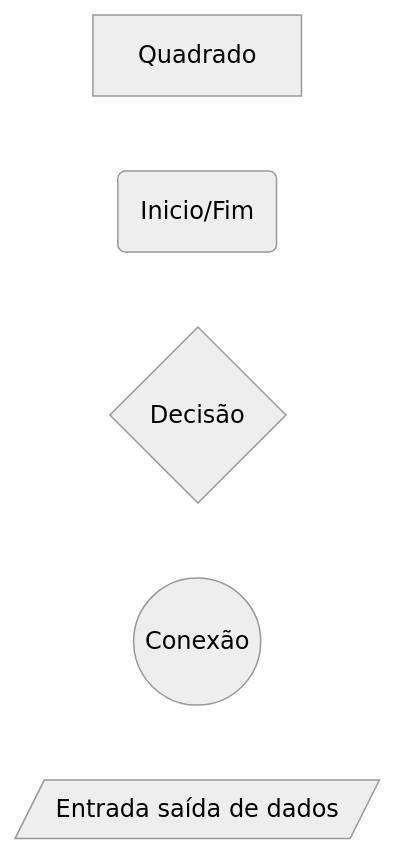
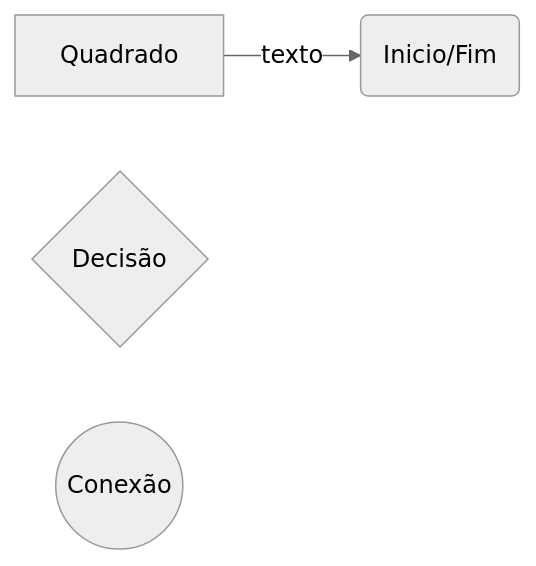
The third of 3 diagrams in docs/.stackedit-trash/Welcome file.md (BackFront/trade), drawn with Mermaid (neutral theme) before and after one commit. The commit also changed other lines of this file, not shown here.

````diff
--- a/docs/.stackedit-trash/Welcome file.md
+++ b/docs/.stackedit-trash/Welcome file.md
@@ -145,9 +145,8 @@
 ```mermaid
 graph LR
 
-A[Quadrado]
+A[Quadrado] -- texto -->
 B(Inicio/Fim)
 C{Decisão}
 D((Conexão))
-E[/Entrada saída de dados /]
 ```
````
